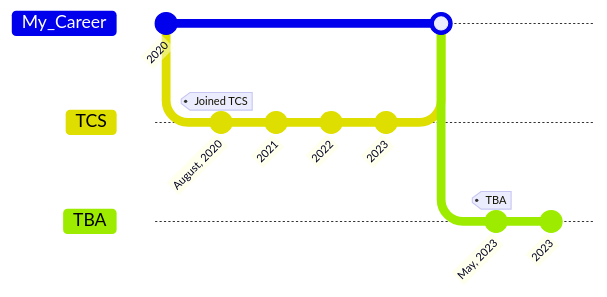
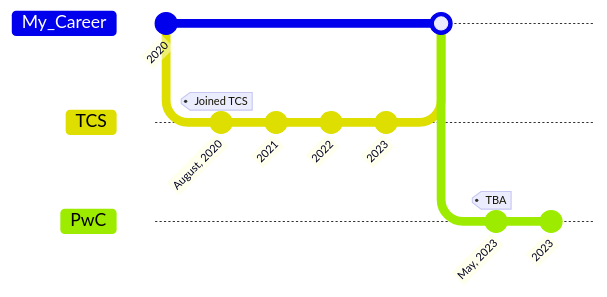
Before and after one commit to SandipPalit/SandipPalit: the second of 2 diagrams in README.md, drawn with Mermaid.

````diff
--- a/README.md
+++ b/README.md
@@ -35,15 +35,15 @@
 ```mermaid
 %%{init:{'logLevel': 'debug', 'theme': 'default', 'gitGraph': {'mainBranchName': 'My_Career'}} }%%
       gitGraph
         commit id:"2020"
         branch TCS
         commit id:"August, 2020" tag: "Joined TCS"
         commit id:"2021"
         commit id:"2022"
         commit id:"2023"
         checkout My_Career
         merge TCS
-        branch TBA
+        branch PwC
         commit id:"May, 2023" tag: "TBA"
         commit id: "2023 "
 ```
````
